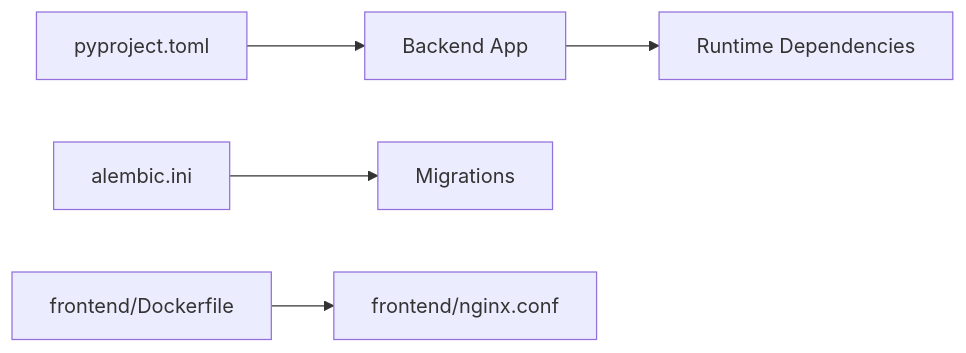
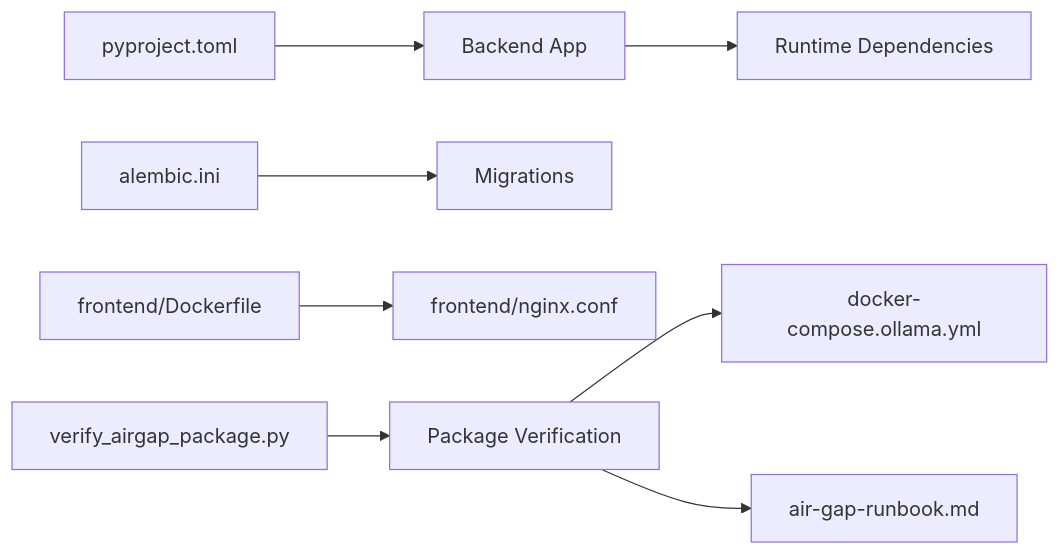
Before and after one commit to genes8/private-ai: diagram 11 of 11 in .qoder/repowiki/en/content/Deployment and Operations/Deployment and Operations.md, drawn with Mermaid. The commit also changed other lines of this file and 19 other files, not shown here.

````diff
--- a/.qoder/repowiki/en/content/Deployment and Operations/Deployment and Operations.md
+++ b/.qoder/repowiki/en/content/Deployment and Operations/Deployment and Operations.md
@@ -303,7 +396,10 @@
 ```mermaid
 graph LR
 PY["pyproject.toml"] --> APP["Backend App"]
 APP --> DEPS["Runtime Dependencies"]
 ALEMBIC["alembic.ini"] --> MIG["Migrations"]
 FE_DOCKER["frontend/Dockerfile"] --> FE_NGINX["frontend/nginx.conf"]
+AIRGAP["verify_airgap_package.py"] --> CHECKS["Package Verification"]
+CHECKS --> COMPOSE["docker-compose.ollama.yml"]
+CHECKS --> RUNBOOK["air-gap-runbook.md"]
 ```
````
